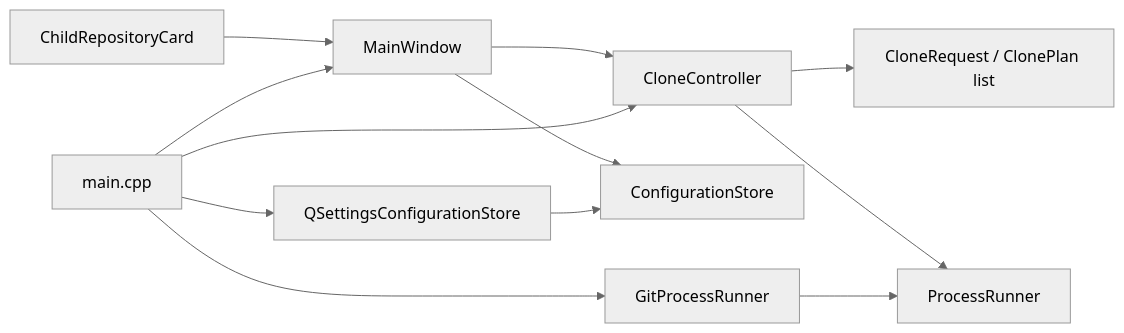
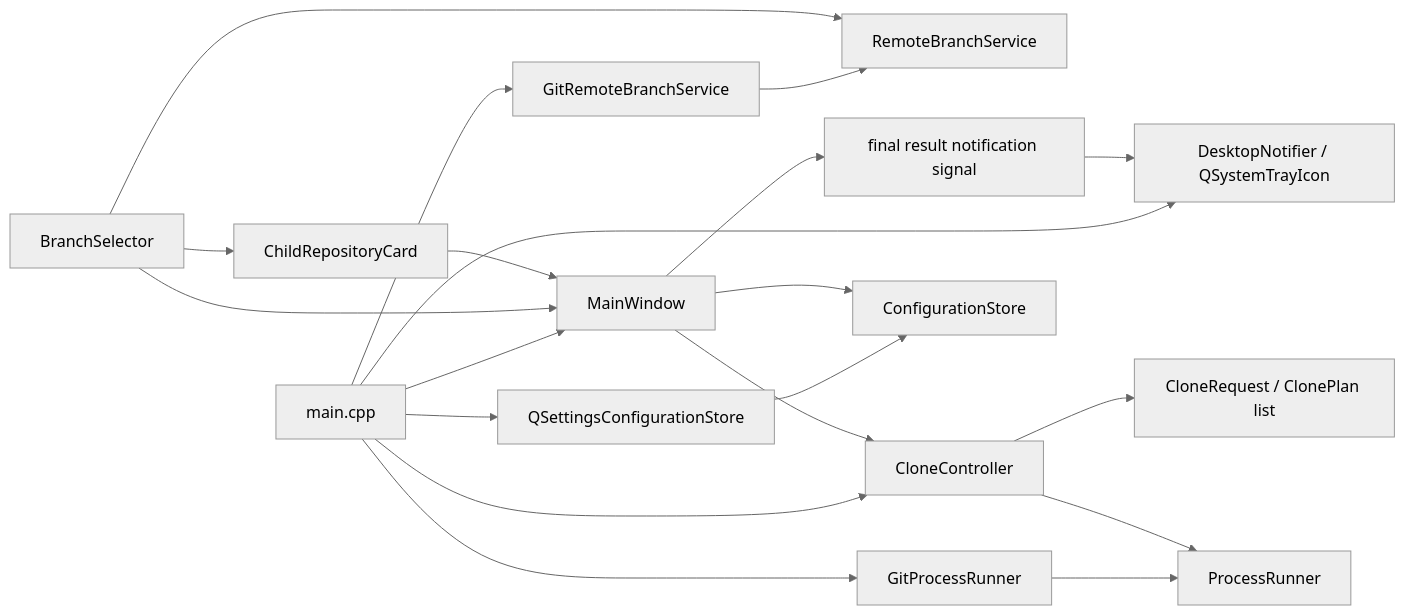
Before and after one commit to qingyiz/git_clone_gui: the first of 4 diagrams in .codex/specs/git-clone-gui/design.md, drawn with Mermaid (neutral theme). The commit also changed other lines of this file and 27 other files, not shown here.

````diff
--- a/.codex/specs/git-clone-gui/design.md
+++ b/.codex/specs/git-clone-gui/design.md
@@ -136,14 +178,22 @@
 ```mermaid
 flowchart LR
     Card["ChildRepositoryCard"] --> Window["MainWindow"]
+    Selector["BranchSelector"] --> Card
+    Selector --> Window
+    Selector --> BranchPort["RemoteBranchService"]
+    Window --> NotifyRequest["final result notification signal"]
+    NotifyRequest --> Notifier["DesktopNotifier / QSystemTrayIcon"]
     Window --> Controller["CloneController"]
     Window --> StorePort["ConfigurationStore"]
     Controller --> Core["CloneRequest / ClonePlan list"]
     Controller --> RunnerPort["ProcessRunner"]
     GitRunner["GitProcessRunner"] --> RunnerPort
+    BranchGit["GitRemoteBranchService"] --> BranchPort
     Settings["QSettingsConfigurationStore"] --> StorePort
     Root["main.cpp"] --> Window
     Root --> Controller
     Root --> GitRunner
     Root --> Settings
+    Root --> BranchGit
+    Root --> Notifier
 ```
````
